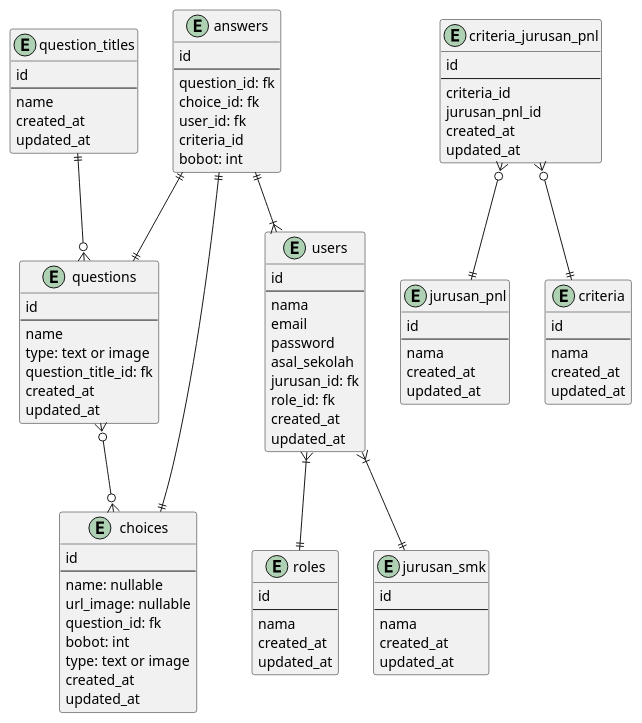
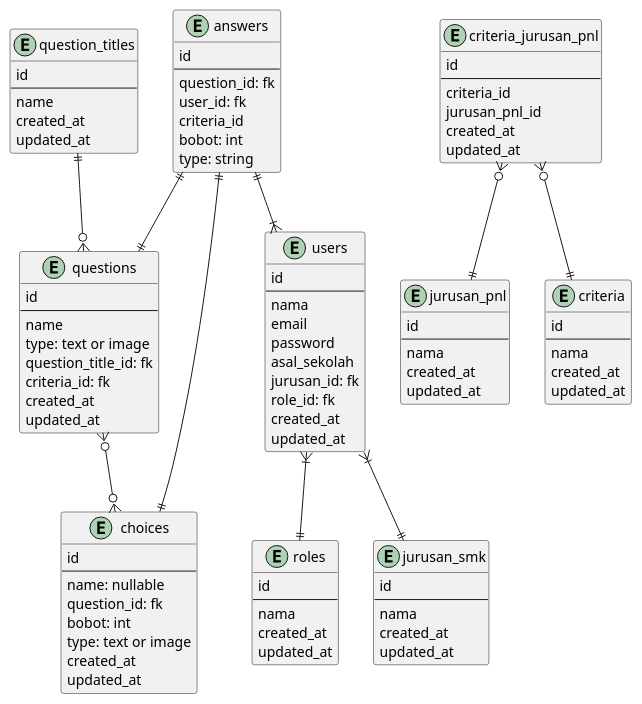
One commit to fuadvi/topsis-kopas changed the diagram in erd/erd.puml. Above: the diagram before and after it, drawn with PlantUML. The commit also changed 6 other files, not shown here.

```diff
--- a/erd/erd.puml
+++ b/erd/erd.puml
@@ -1,114 +1,114 @@
 @startuml
 
 entity roles{
     id
     --
     nama
     created_at
     updated_at
 }
 
 entity jurusan_smk{
     id
     --
     nama
     created_at
     updated_at
 }
 
 
 entity users {
     id
     --
     nama
     email
     password
     asal_sekolah
     jurusan_id: fk
     role_id: fk
     created_at
     updated_at
 }
 
 entity question_titles {
     id
     --
     name
     created_at
     updated_at
 }
 
 entity questions {
     id
     --
     name
     type: text or image
     question_title_id: fk
+    criteria_id: fk
     created_at
     updated_at
 }
 
 entity choices {
     id
     --
     name: nullable
-    url_image: nullable
     question_id: fk
     bobot: int
     type: text or image
     created_at
     updated_at
 }
 
 entity answers {
     id
     --
     question_id: fk
-    choice_id: fk
     user_id: fk
     criteria_id
     bobot: int
+    type: string
 }
 
 entity jurusan_pnl
 {
     id
     --
     nama
     created_at
     updated_at
 }
 
 entity criteria
 {
     id
     --
     nama
     created_at
     updated_at
 }
 
 entity criteria_jurusan_pnl
 {
     id
     --
     criteria_id
     jurusan_pnl_id
     created_at
     updated_at
 }
 
 
 users }|--||roles
 users }|--||jurusan_smk
 question_titles ||--o{ questions
 questions }o--o{ choices
 choices ||--||answers
 answers ||--|{ users
 answers ||--|| questions
 criteria_jurusan_pnl }o--|| criteria
 criteria_jurusan_pnl }o--|| jurusan_pnl
 
 
 
 @enduml
```
